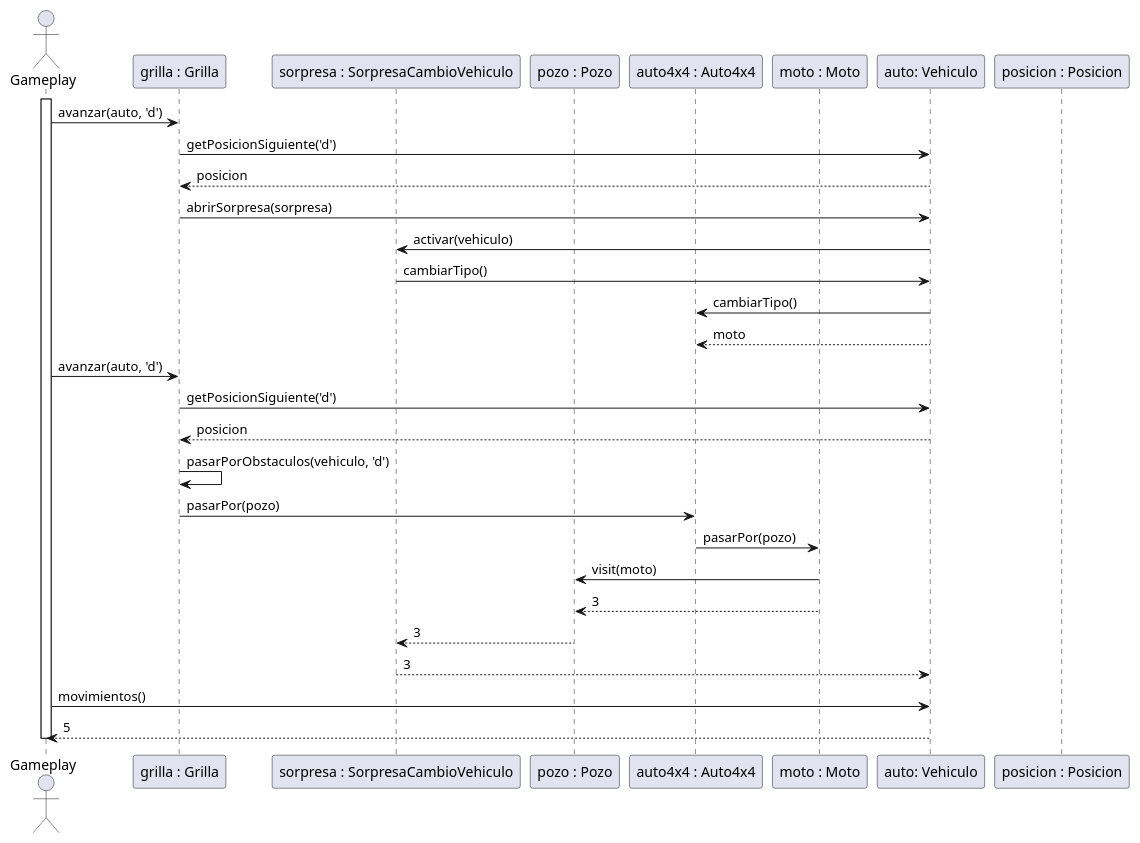
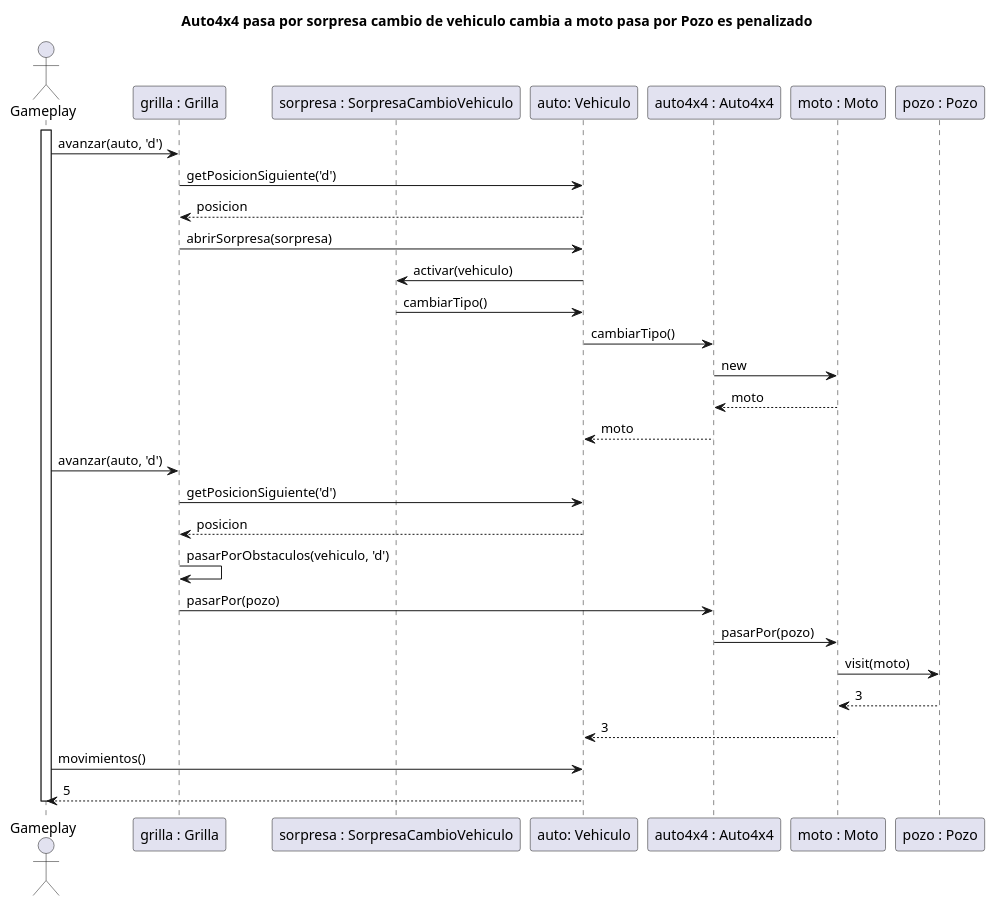
One commit to Dolo-pavon01/gpsChallenge changed the diagram in diagrams/sequences/entrega 2/dc-cambio-de-vehiculo.plantuml. Above: the diagram before and after it, drawn with PlantUML. The commit also changed 1 other file, not shown here.

Commit message:
chore: se agrego diagrama de secuencia

```diff
--- a/diagrams/sequences/entrega 2/dc-cambio-de-vehiculo.plantuml
+++ b/diagrams/sequences/entrega 2/dc-cambio-de-vehiculo.plantuml
@@ -1,41 +1,42 @@
 @startuml
 
+title Auto4x4 pasa por sorpresa cambio de vehiculo cambia a moto pasa por Pozo es penalizado
 actor Gameplay
 participant "grilla : Grilla" as Grilla
 participant "sorpresa : SorpresaCambioVehiculo" as SorpresaCambioVehiculo
-participant "pozo : Pozo" as Pozo
+participant "auto: Vehiculo" as Vehiculo
 participant "auto4x4 : Auto4x4" as Auto4x4
 participant "moto : Moto" as Moto
-participant "auto: Vehiculo" as Vehiculo
-participant "posicion : Posicion" as Posicion
+participant "pozo : Pozo" as Pozo
 
 activate Gameplay
 
 Gameplay -> Grilla: avanzar(auto, 'd')
 Grilla -> Vehiculo: getPosicionSiguiente('d')
 Vehiculo --> Grilla: posicion
 
 Grilla -> Vehiculo: abrirSorpresa(sorpresa)
 Vehiculo -> SorpresaCambioVehiculo: activar(vehiculo)
 SorpresaCambioVehiculo -> Vehiculo: cambiarTipo()
 Vehiculo -> Auto4x4: cambiarTipo()
-Vehiculo --> Auto4x4: moto
+Auto4x4 -> Moto: new
+Moto --> Auto4x4: moto
+Auto4x4 --> Vehiculo: moto
 
 Gameplay -> Grilla: avanzar(auto, 'd')
 Grilla -> Vehiculo: getPosicionSiguiente('d')
 Vehiculo --> Grilla: posicion
 
 Grilla -> Grilla: pasarPorObstaculos(vehiculo, 'd')
 Grilla -> Auto4x4: pasarPor(pozo)
 Auto4x4 -> Moto: pasarPor(pozo)
 Moto -> Pozo: visit(moto)
-Moto --> Pozo: 3
-Pozo --> SorpresaCambioVehiculo: 3
-SorpresaCambioVehiculo --> Vehiculo: 3
+Pozo --> Moto: 3
+Moto --> Vehiculo: 3
 
 Gameplay -> Vehiculo: movimientos()
 return 5
 
 deactivate Gameplay
 
 @enduml
```
